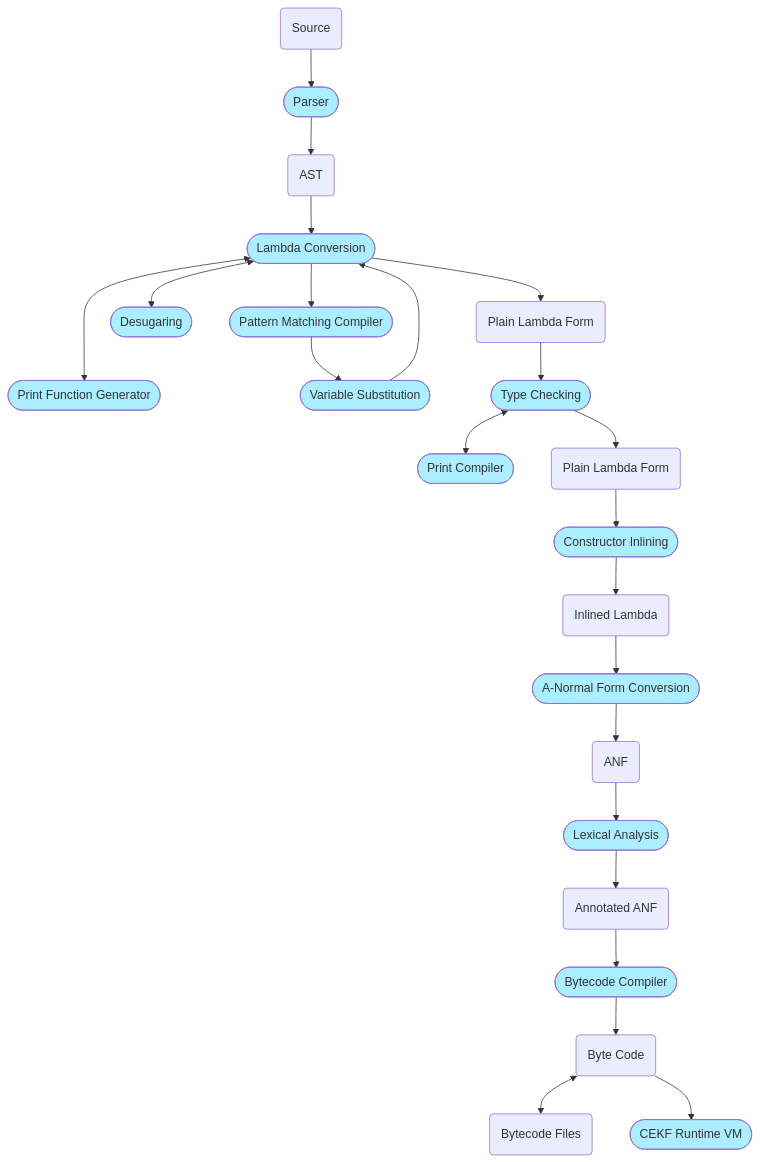
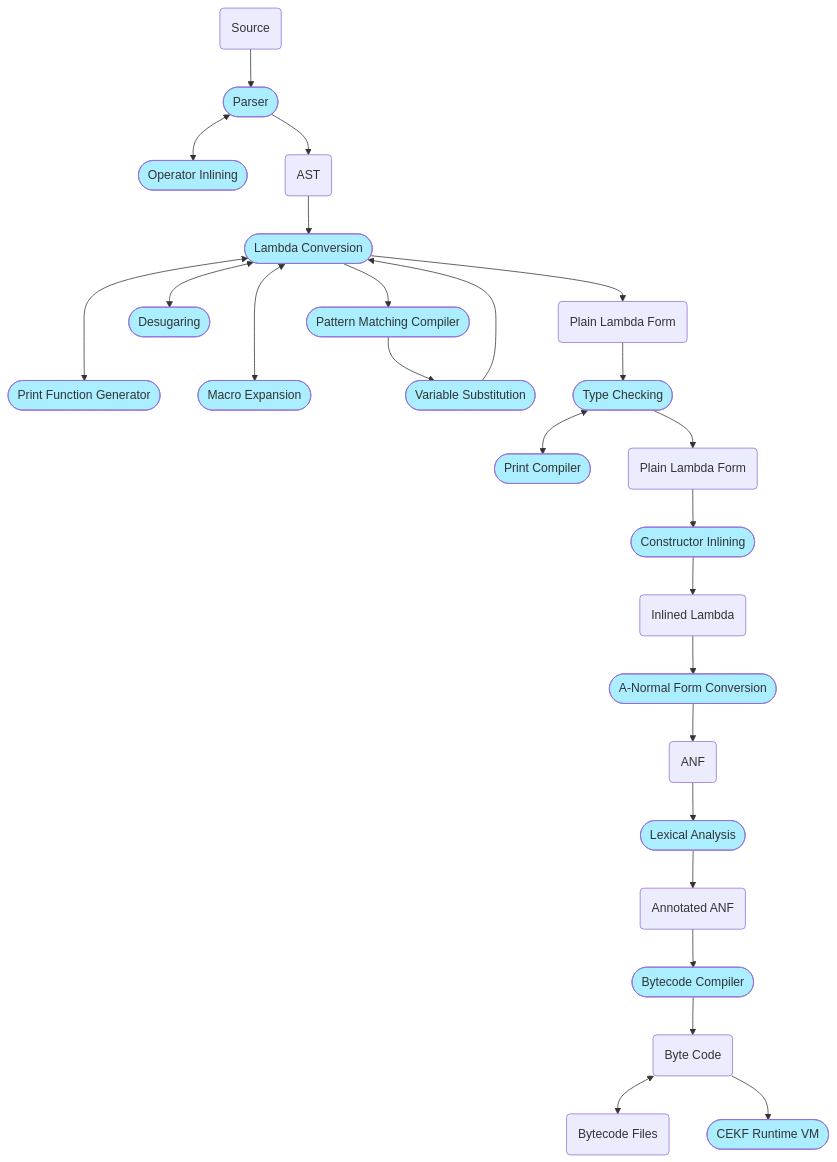
One commit to billhails/CEKF changed the diagram in README.md. Above: the diagram before and after it, drawn with Mermaid. The commit also changed 11 other files, not shown here.

````diff
--- a/README.md
+++ b/README.md
@@ -67,26 +67,28 @@
 ```mermaid
 flowchart TD
 classDef process fill:#aef;
 source(Source) -->
-parser([Parser]):::process -->
-ast(AST) -->
+parser([Parser]):::process
+parser <--> oi([Operator Inlining]):::process
+parser --> ast(AST) -->
 lc([Lambda Conversion]):::process --> tpmc([Pattern Matching Compiler]):::process
 lc <---> pg([Print Function Generator]):::process
+lc <---> me([Macro Expansion]):::process
 tpmc --> vs([Variable Substitution]):::process
 vs --> lc
 lc <--> des([Desugaring]):::process
 lc --> lambda1(Plain Lambda Form)
 lambda1 --> tc([Type Checking]):::process
 tc <--> pc([Print Compiler]):::process
 tc --> lambda2(Plain Lambda Form)
 lambda2 --> ci([Constructor Inlining]):::process
 ci --> lambda3(Inlined Lambda)
 lambda3 --> anfc([A-Normal Form Conversion]):::process
 anfc --> anf(ANF)
 anf --> lexa([Lexical Analysis]):::process
 lexa --> ann(Annotated ANF)
 ann --> bcc([Bytecode Compiler]):::process
 bcc --> bc(Byte Code)
 bc <--> bcf(Bytecode Files)
 bc --> cekf([CEKF Runtime VM]):::process
 ```
````
